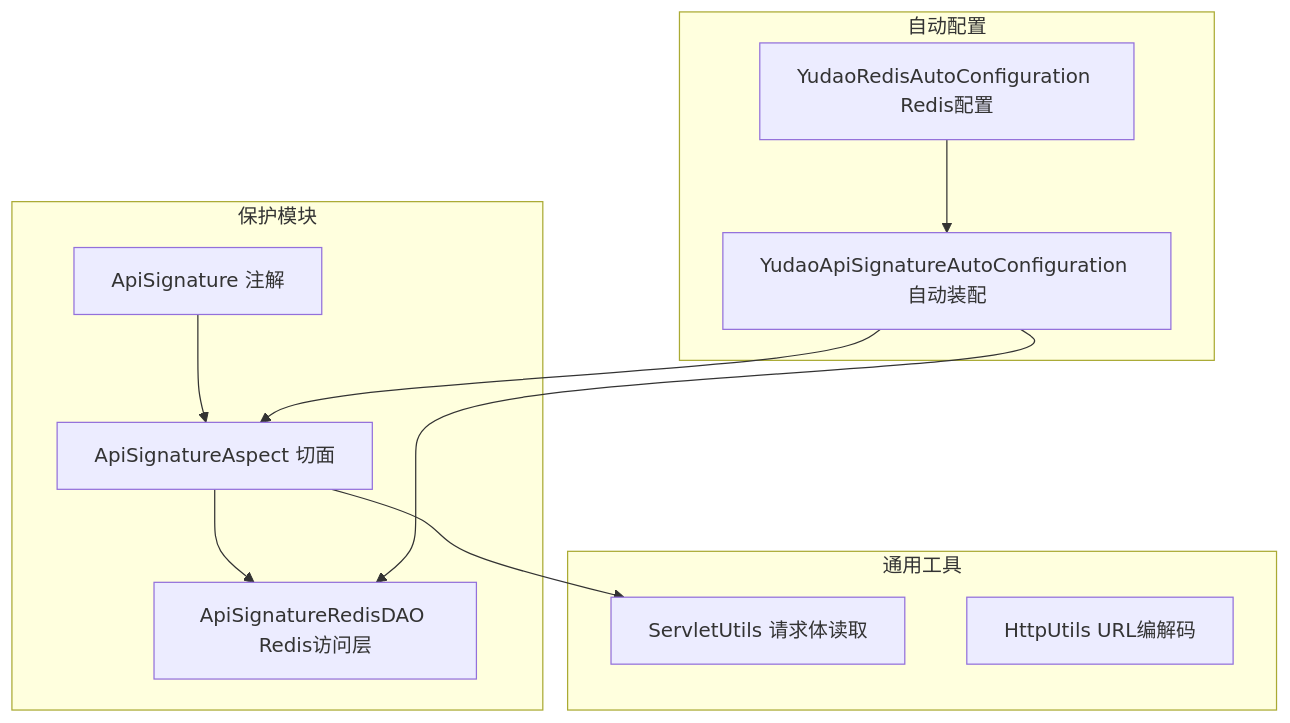
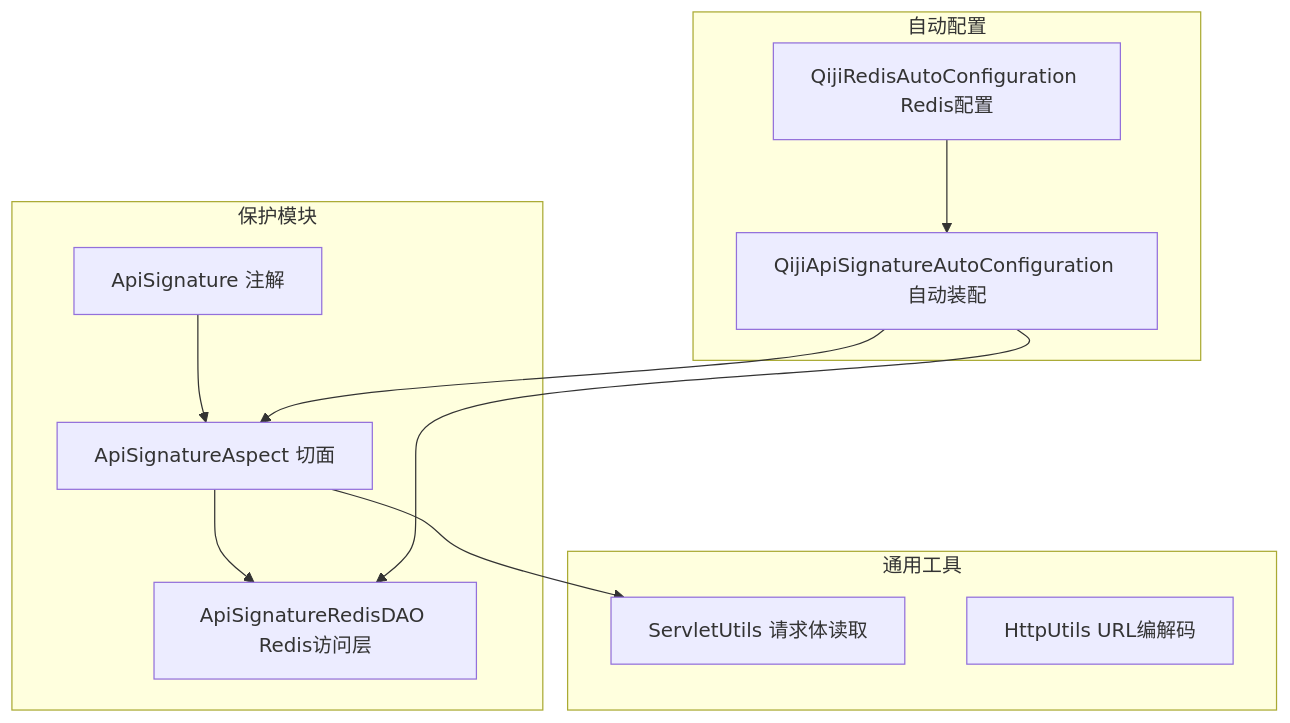
The first of 5 diagrams in backend/.qoder/repowiki/zh/content/安全与权限/API安全防护/API签名验证.md (zhuangpengLI/AgenticCPS), drawn with Mermaid before and after one commit. The commit also changed other lines of this file and 3489 other files, not shown here.

````diff
--- a/backend/.qoder/repowiki/zh/content/安全与权限/API安全防护/API签名验证.md
+++ b/backend/.qoder/repowiki/zh/content/安全与权限/API安全防护/API签名验证.md
@@ -33,22 +33,22 @@
 ```mermaid
 graph TB
 subgraph "保护模块"
 A["ApiSignature 注解"]
 B["ApiSignatureAspect 切面"]
 C["ApiSignatureRedisDAO Redis访问层"]
 end
 subgraph "通用工具"
 D["ServletUtils 请求体读取"]
 E["HttpUtils URL编解码"]
 end
 subgraph "自动配置"
-F["YudaoApiSignatureAutoConfiguration 自动装配"]
-G["YudaoRedisAutoConfiguration Redis配置"]
+F["QijiApiSignatureAutoConfiguration 自动装配"]
+G["QijiRedisAutoConfiguration Redis配置"]
 end
 A --> B
 B --> C
 B --> D
 F --> B
 F --> C
 G --> F
 ```
````
